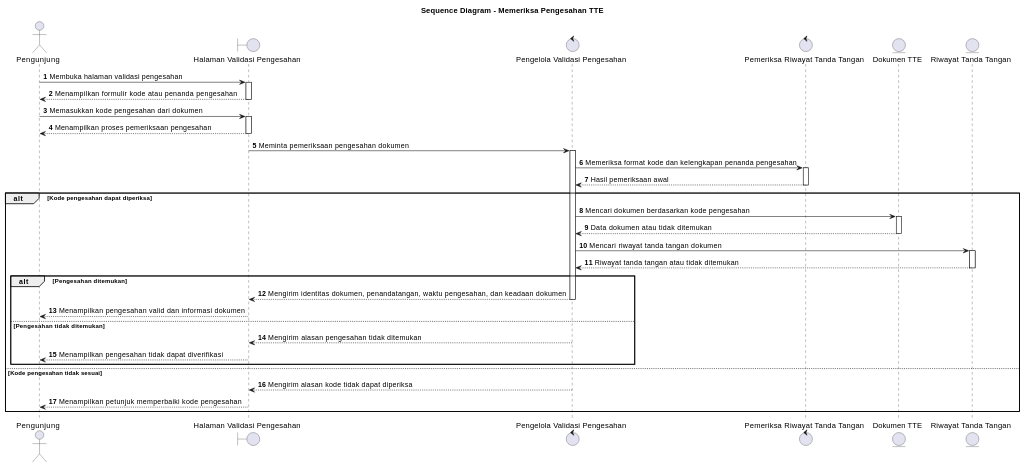
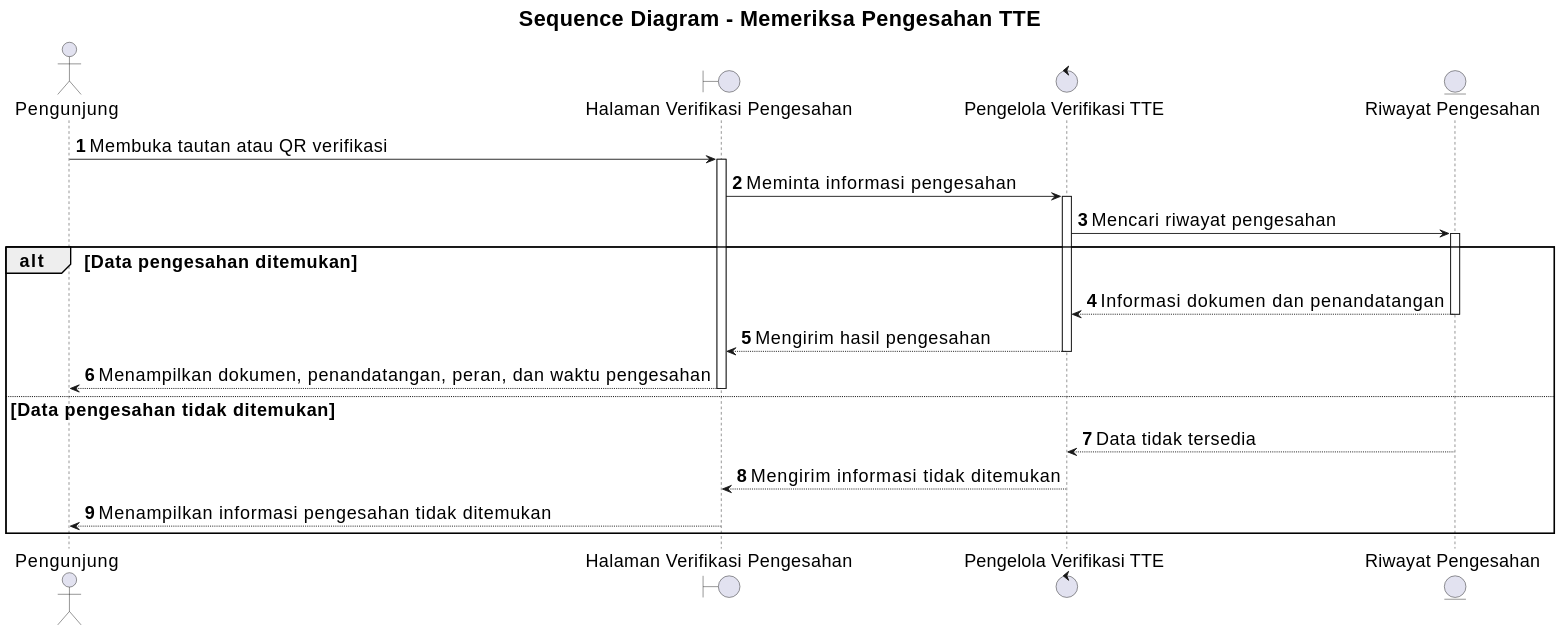
The diagram in docs/sequence/lampiran/pengunjung-memeriksa-pengesahan-tte.md (howlil/sop-generate-app), drawn with PlantUML before and after one commit. The commit also changed other lines of this file and 20 other files, not shown here.

Commit message:
docs(sequence): align all sequence diagrams with use cases

````diff
--- a/docs/sequence/lampiran/pengunjung-memeriksa-pengesahan-tte.md
+++ b/docs/sequence/lampiran/pengunjung-memeriksa-pengesahan-tte.md
@@ -16,39 +16,31 @@
 ```plantuml
 @startuml
+skinparam defaultFontSize 20
+skinparam titleFontSize 24
+skinparam dpi 160
+
 title Sequence Diagram - Memeriksa Pengesahan TTE
 autonumber
 autoactivate on
 
 actor "Pengunjung" as A
-boundary "Halaman Validasi Pengesahan" as B
-control "Pengelola Validasi Pengesahan" as C
-control "Pemeriksa Riwayat Tanda Tangan" as D
-entity "Dokumen TTE" as DokumenTTE
-entity "Riwayat Tanda Tangan" as RiwayatTandaTangan
+boundary "Halaman Verifikasi Pengesahan" as B
+control "Pengelola Verifikasi TTE" as C
+entity "Riwayat Pengesahan" as D
 
-A -> B : Membuka halaman validasi pengesahan
-B --> A : Menampilkan formulir kode atau penanda pengesahan
-A -> B : Memasukkan kode pengesahan dari dokumen
-B --> A : Menampilkan proses pemeriksaan pengesahan
-B -> C : Meminta pemeriksaan pengesahan dokumen
-C -> D : Memeriksa format kode dan kelengkapan penanda pengesahan
-D --> C : Hasil pemeriksaan awal
-alt Kode pengesahan dapat diperiksa
-  C -> DokumenTTE : Mencari dokumen berdasarkan kode pengesahan
-  DokumenTTE --> C : Data dokumen atau tidak ditemukan
-  C -> RiwayatTandaTangan : Mencari riwayat tanda tangan dokumen
-  RiwayatTandaTangan --> C : Riwayat tanda tangan atau tidak ditemukan
-  alt Pengesahan ditemukan
-    C --> B : Mengirim identitas dokumen, penandatangan, waktu pengesahan, dan keadaan dokumen
-    B --> A : Menampilkan pengesahan valid dan informasi dokumen
-  else Pengesahan tidak ditemukan
-    C --> B : Mengirim alasan pengesahan tidak ditemukan
-    B --> A : Menampilkan pengesahan tidak dapat diverifikasi
-  end
-else Kode pengesahan tidak sesuai
-  C --> B : Mengirim alasan kode tidak dapat diperiksa
-  B --> A : Menampilkan petunjuk memperbaiki kode pengesahan
+A -> B : Membuka tautan atau QR verifikasi
+B -> C : Meminta informasi pengesahan
+C -> D : Mencari riwayat pengesahan
+
+alt Data pengesahan ditemukan
+  D --> C : Informasi dokumen dan penandatangan
+  C --> B : Mengirim hasil pengesahan
+  B --> A : Menampilkan dokumen, penandatangan, peran, dan waktu pengesahan
+else Data pengesahan tidak ditemukan
+  D --> C : Data tidak tersedia
+  C --> B : Mengirim informasi tidak ditemukan
+  B --> A : Menampilkan informasi pengesahan tidak ditemukan
 end
 
 @enduml
 ```
````
